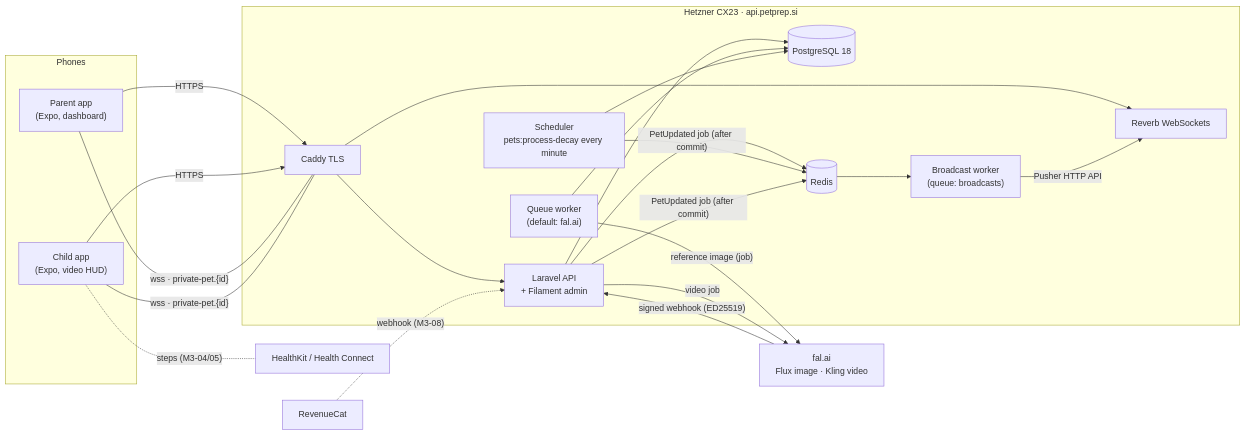
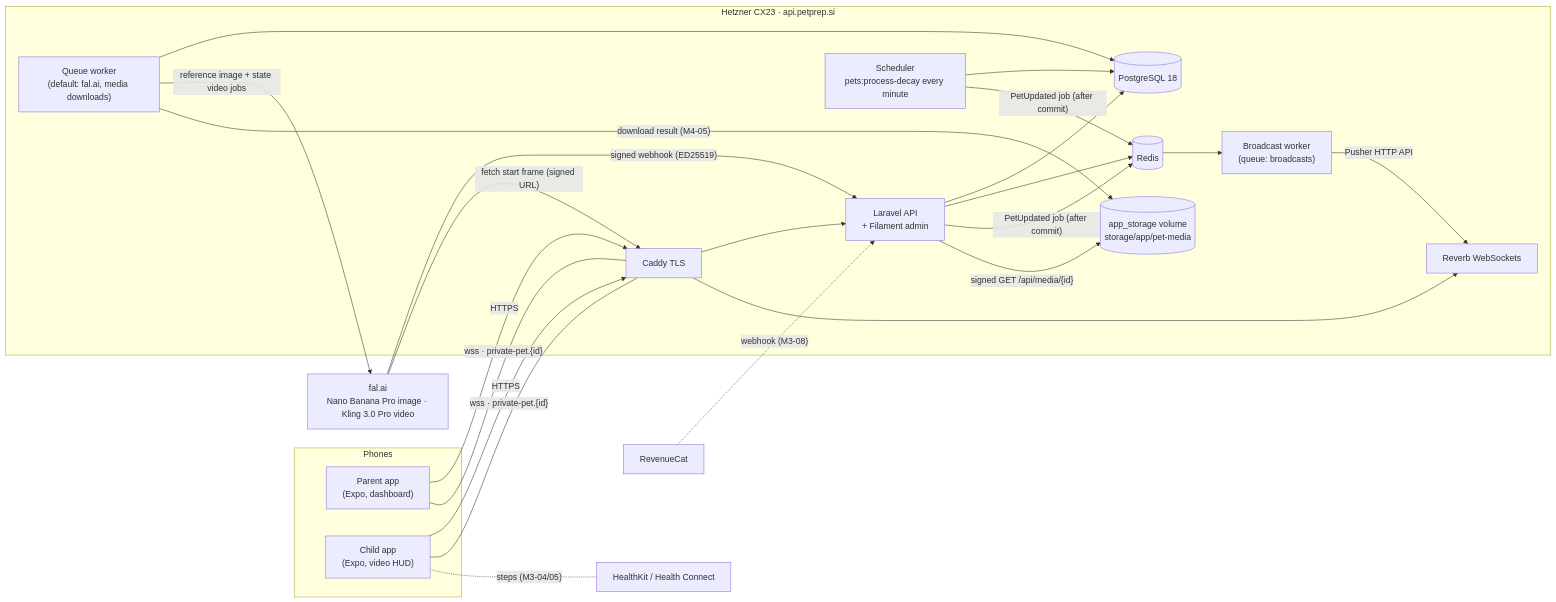
The first of 20 diagrams in docs/engineering/DIAGRAMS.md (DataVallis/pet-prep), drawn with Mermaid before and after one commit. The commit also changed other lines of this file and 61 other files, not shown here.

````diff
--- a/docs/engineering/DIAGRAMS.md
+++ b/docs/engineering/DIAGRAMS.md
@@ -9,39 +9,42 @@
 ```mermaid
 flowchart LR
   subgraph Phones
     P["Parent app<br/>(Expo, dashboard)"]
     C["Child app<br/>(Expo, video HUD)"]
   end
   subgraph Hetzner["Hetzner CX23 · api.petprep.si"]
     CAD[Caddy TLS]
     APP["Laravel API<br/>+ Filament admin"]
     REV[Reverb WebSockets]
-    Q["Queue worker<br/>(default: fal.ai)"]
+    Q["Queue worker<br/>(default: fal.ai, media downloads)"]
+    VOL[("app_storage volume<br/>storage/app/pet-media")]
     QB["Broadcast worker<br/>(queue: broadcasts)"]
     S["Scheduler<br/>pets:process-decay every minute"]
     PG[(PostgreSQL 18)]
     R[(Redis)]
   end
-  FAL["fal.ai<br/>Flux image · Kling video"]
+  FAL["fal.ai<br/>Nano Banana Pro image · Kling 3.0 Pro video"]
   RC[RevenueCat]
   HK["HealthKit / Health Connect"]
   P -- HTTPS --> CAD
   C -- HTTPS --> CAD
   P -- "wss · private-pet.{id}" --- CAD
   C -- "wss · private-pet.{id}" --- CAD
   CAD --> APP
   CAD --> REV
   APP --> PG
   APP --> R
   Q --> PG
   S --> PG
   S -- "PetUpdated job (after commit)" --> R
   APP -- "PetUpdated job (after commit)" --> R
   R --> QB
   QB -- "Pusher HTTP API" --> REV
-  Q -- "reference image (job)" --> FAL
-  APP -- "video job" --> FAL
+  Q -- "reference image + state video jobs" --> FAL
   FAL -- "signed webhook (ED25519)" --> APP
+  Q -- "download result (M4-05)" --> VOL
+  APP -- "signed GET /api/media/{id}" --> VOL
+  FAL -- "fetch start frame (signed URL)" --> CAD
   RC -. "webhook (M3-08)" .-> APP
   C -. "steps (M3-04/05)" .- HK
 ```
````
